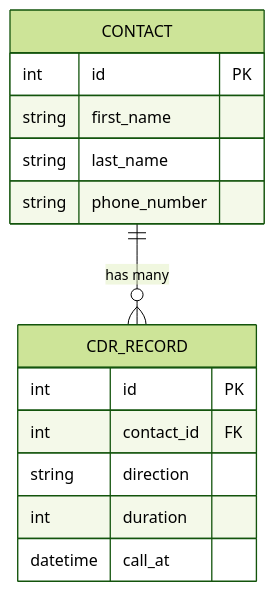
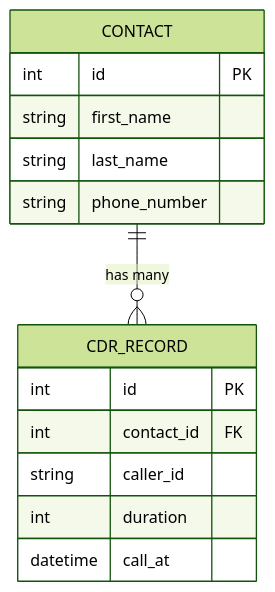
One commit to greg0rys/PhoneLog changed the first of 2 diagrams in README.md. Above: the diagram before and after it, drawn with Mermaid (forest theme).

````diff
--- a/README.md
+++ b/README.md
@@ -17,17 +17,17 @@
 ```mermaid
 erDiagram
     CONTACT ||--o{ CDR_RECORD : "has many"
     CONTACT {
         int id PK
         string first_name
         string last_name
         string phone_number
     }
     CDR_RECORD {
         int id PK
         int contact_id FK
-        string direction
+        string caller_id
         int duration
         datetime call_at
     }
 ```
````
